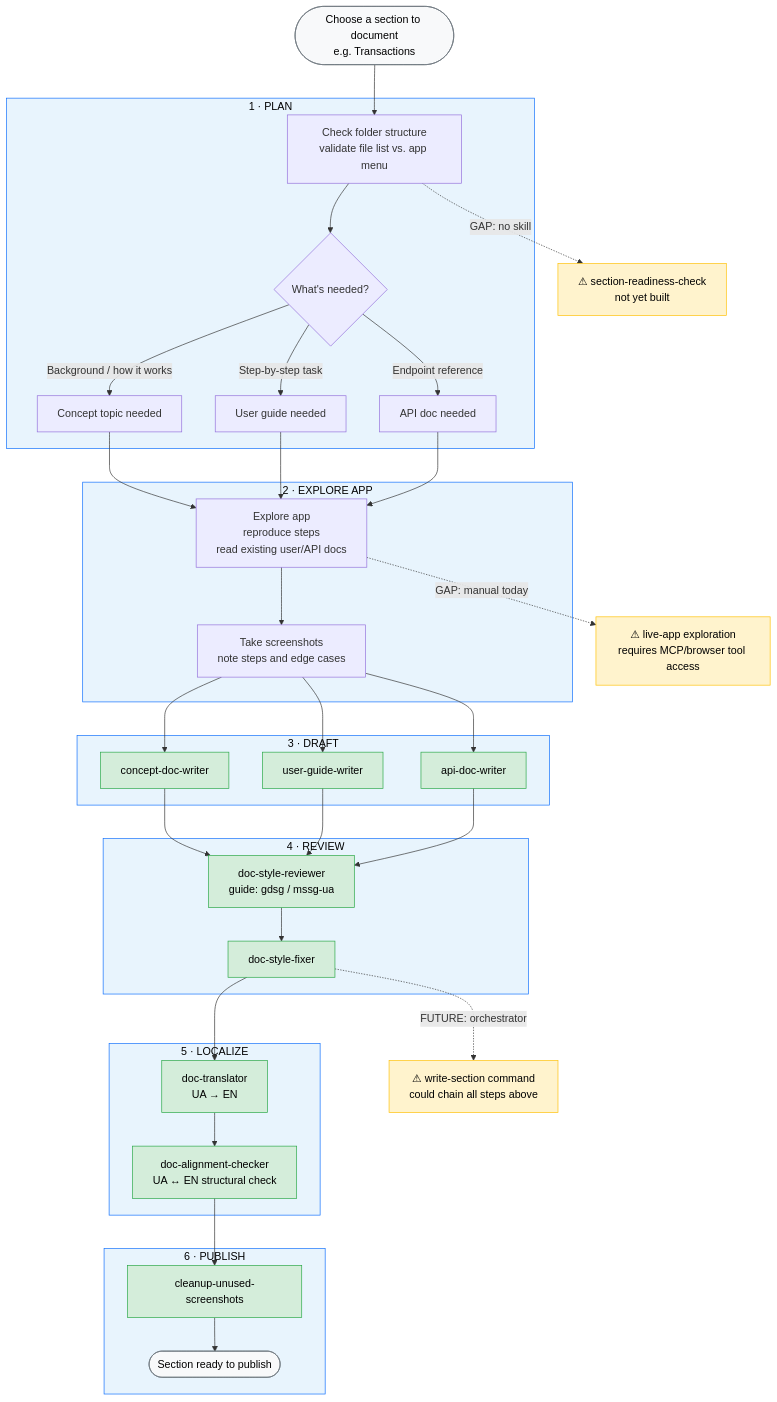
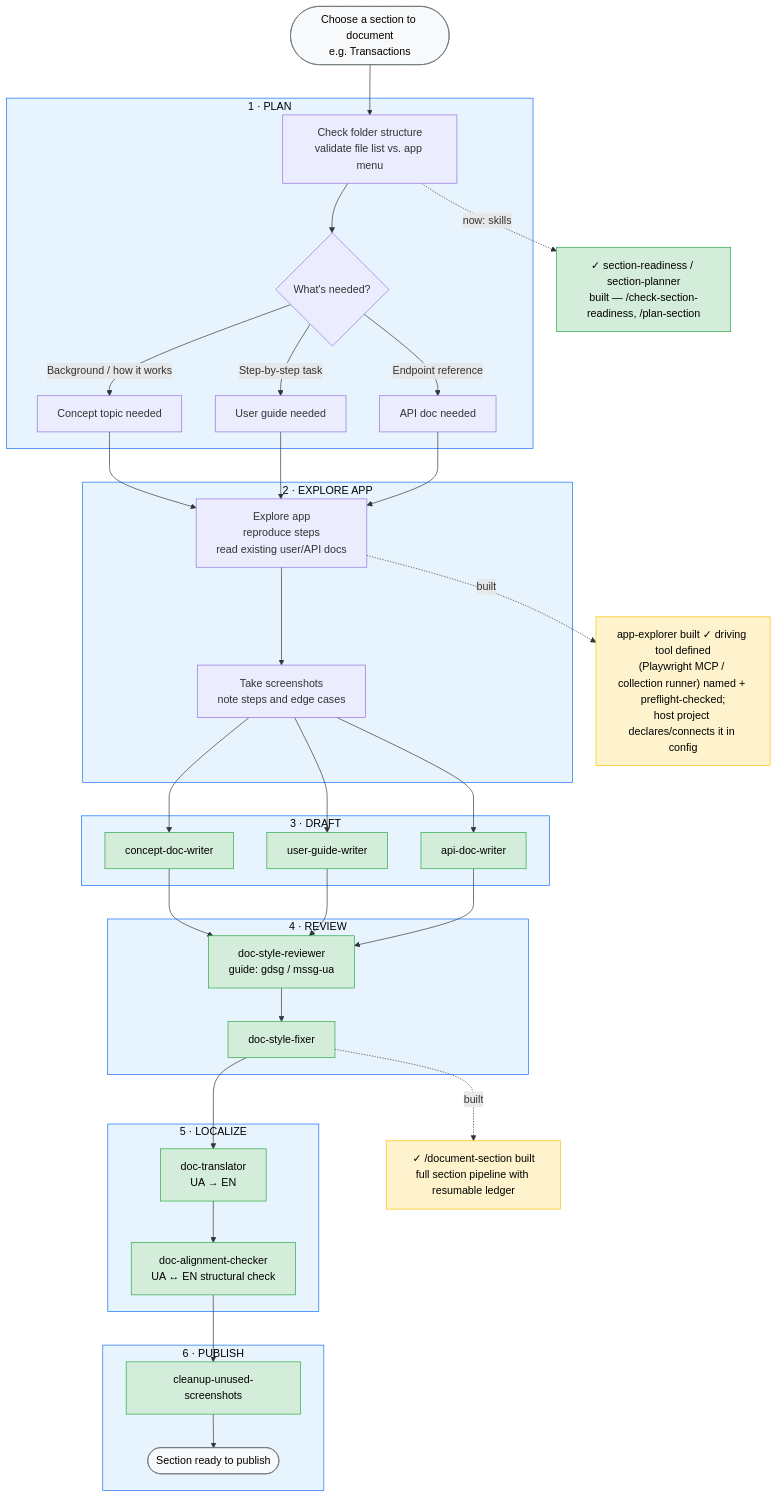
One commit to VadymSachenko/doc-writer-toolkit changed the diagram in WORKFLOW.md. Above: the diagram before and after it, drawn with Mermaid. The commit also changed other lines of this file and 382 other files, not shown here.

````diff
--- a/WORKFLOW.md
+++ b/WORKFLOW.md
@@ -7,53 +7,53 @@
 ```mermaid
 flowchart TD
     START([Choose a section to document\ne.g. Transactions]) --> STRUCT
 
     subgraph PLAN["1 · PLAN"]
         STRUCT[Check folder structure\nvalidate file list vs. app menu]
         STRUCT --> FILETYPE{What's needed?}
         FILETYPE -->|Background / how it works| CONCEPT_NEEDED[Concept topic needed]
         FILETYPE -->|Step-by-step task| GUIDE_NEEDED[User guide needed]
         FILETYPE -->|Endpoint reference| API_NEEDED[API doc needed]
     end
 
     subgraph EXPLORE["2 · EXPLORE APP"]
         CONCEPT_NEEDED & GUIDE_NEEDED & API_NEEDED --> APPEXP[Explore app\nreproduce steps\nread existing user/API docs]
         APPEXP --> SCREENS[Take screenshots\nnote steps and edge cases]
     end
 
     subgraph DRAFT["3 · DRAFT"]
         SCREENS --> WRITE_C[concept-doc-writer]
         SCREENS --> WRITE_G[user-guide-writer]
         SCREENS --> WRITE_A[api-doc-writer]
     end
 
     subgraph REVIEW["4 · REVIEW"]
         WRITE_C & WRITE_G & WRITE_A --> STYLE_R[doc-style-reviewer\nguide: gdsg / mssg-ua]
         STYLE_R --> STYLE_F[doc-style-fixer]
     end
 
     subgraph LOCALIZE["5 · LOCALIZE"]
         STYLE_F --> TRANSLATE[doc-translator\nUA → EN]
         TRANSLATE --> ALIGN[doc-alignment-checker\nUA ↔ EN structural check]
     end
 
     subgraph PUBLISH["6 · PUBLISH"]
         ALIGN --> CLEANUP[cleanup-unused-screenshots]
         CLEANUP --> DONE([Section ready to publish])
     end
 
     %% Gap annotations
-    STRUCT -.->|GAP: no skill| GAP1["⚠ section-readiness-check\nnot yet built"]
-    APPEXP -.->|GAP: manual today| GAP2["⚠ live-app exploration\nrequires MCP/browser tool access"]
-    STYLE_F -.->|FUTURE: orchestrator| GAP3["⚠ write-section command\ncould chain all steps above"]
+    STRUCT -.->|now: skills| DONE1["✓ section-readiness / section-planner\nbuilt — /check-section-readiness, /plan-section"]
+    APPEXP -.->|built| GAP2["app-explorer built ✓ driving tool defined\n(Playwright MCP / collection runner) named + preflight-checked;\nhost project declares/connects it in config"]
+    STYLE_F -.->|built| GAP3["✓ /document-section built\nfull section pipeline with resumable ledger"]
 
     classDef skill fill:#d4edda,stroke:#28a745,color:#000
     classDef gap fill:#fff3cd,stroke:#ffc107,color:#000
     classDef stage fill:#e8f4fd,stroke:#0d6efd,color:#000
     classDef terminal fill:#f8f9fa,stroke:#6c757d,color:#000
 
-    class WRITE_C,WRITE_G,WRITE_A,STYLE_R,STYLE_F,TRANSLATE,ALIGN,CLEANUP skill
-    class GAP1,GAP2,GAP3 gap
+    class WRITE_C,WRITE_G,WRITE_A,STYLE_R,STYLE_F,TRANSLATE,ALIGN,CLEANUP,DONE1 skill
+    class GAP2,GAP3 gap
     class PLAN,EXPLORE,DRAFT,REVIEW,LOCALIZE,PUBLISH stage
     class START,DONE terminal
 ```
````
